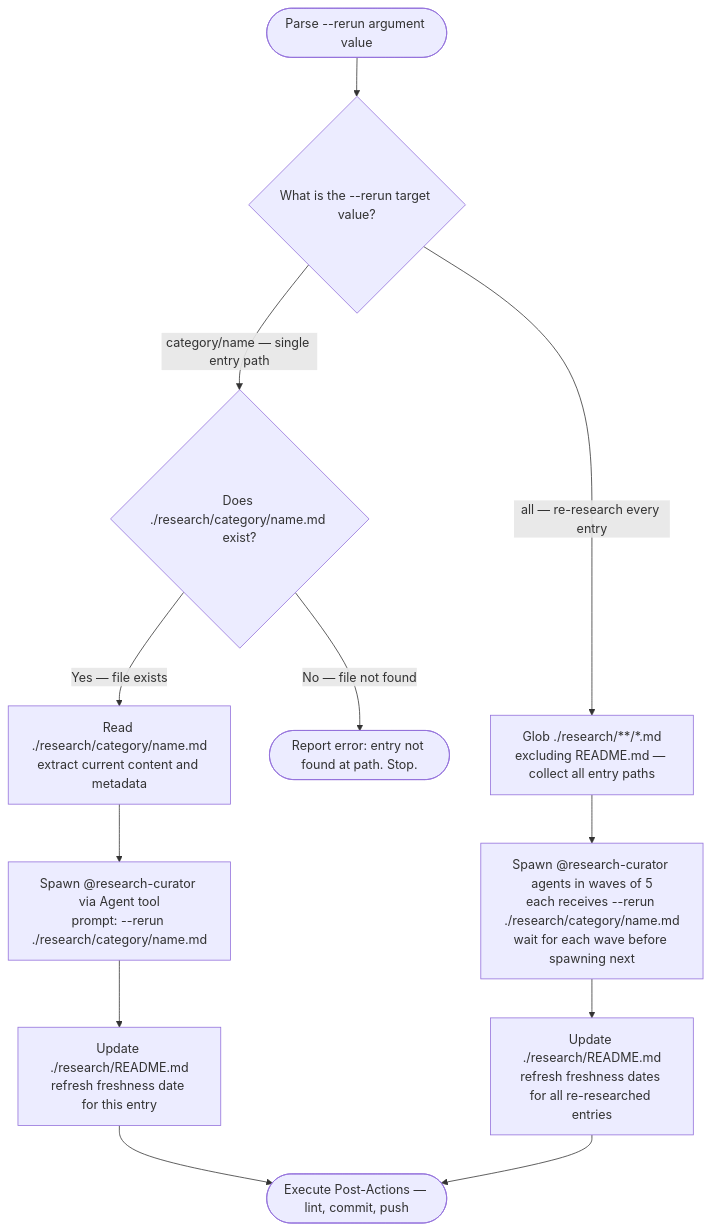
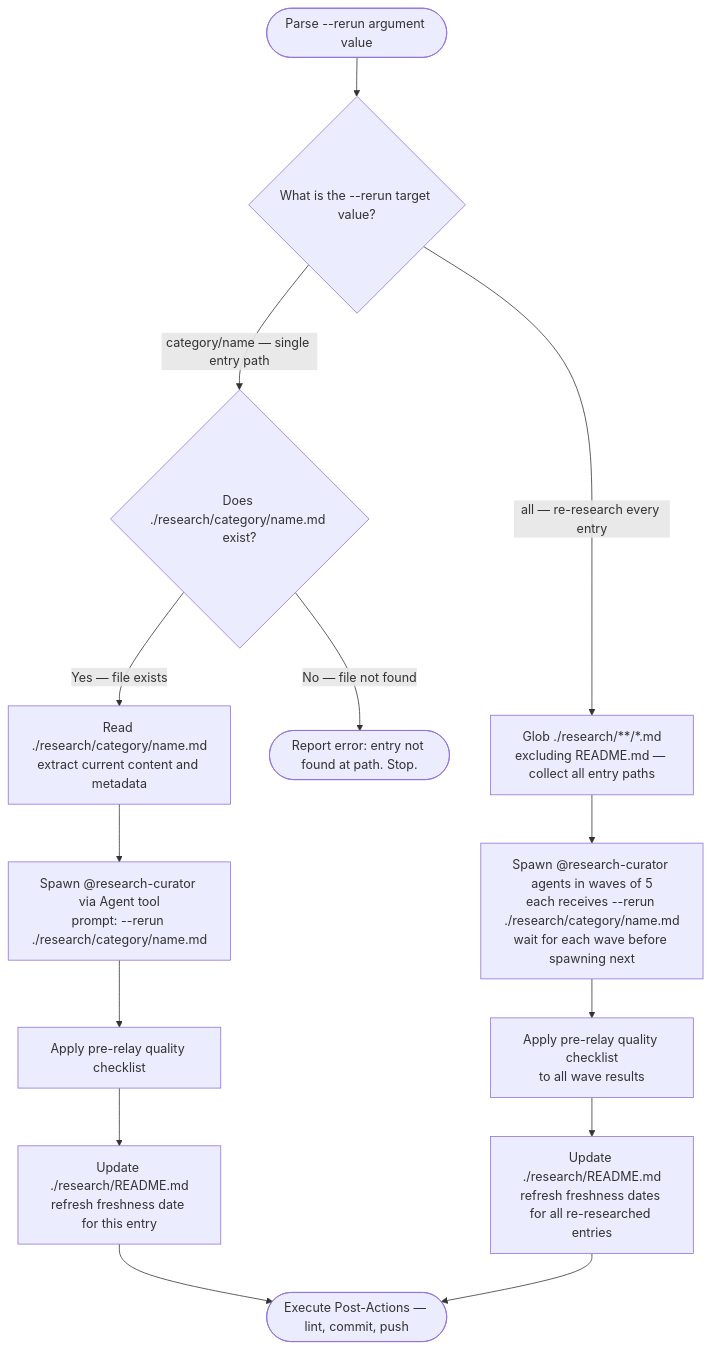
Before and after one commit to chgreer1070/claude_skills: the third of 4 diagrams in .claude/skills/research-curator/SKILL.md, drawn with Mermaid. The commit also changed other lines of this file, not shown here.

First line of the commit message:
feat(skills): integrate relay rules and validate precision into research-curator skill

````diff
--- a/.claude/skills/research-curator/SKILL.md
+++ b/.claude/skills/research-curator/SKILL.md
@@ -166,14 +210,16 @@
 ```mermaid
 flowchart TD
     Start(["Parse --rerun argument value"]) --> Q{"What is the --rerun target value?"}
     Q -->|"category/name — single entry path"| VerifyFile{"Does ./research/category/name.md exist?"}
     Q -->|"all — re-research every entry"| FindAll["Glob ./research/**/*.md<br>excluding README.md — collect all entry paths"]
     VerifyFile -->|"No — file not found"| Missing(["Report error: entry not found at path. Stop."])
     VerifyFile -->|"Yes — file exists"| ReadFile["Read ./research/category/name.md<br>extract current content and metadata"]
     ReadFile --> Spawn1["Spawn @research-curator via Agent tool<br>prompt: --rerun ./research/category/name.md"]
-    Spawn1 --> UpdateDate["Update ./research/README.md<br>refresh freshness date for this entry"]
+    Spawn1 --> RelayCheck1["Apply pre-relay quality checklist"]
+    RelayCheck1 --> UpdateDate["Update ./research/README.md<br>refresh freshness date for this entry"]
     FindAll --> WaveSpawn["Spawn @research-curator agents in waves of 5<br>each receives --rerun ./research/category/name.md<br>wait for each wave before spawning next"]
-    WaveSpawn --> UpdateDates["Update ./research/README.md<br>refresh freshness dates for all re-researched entries"]
+    WaveSpawn --> RelayCheck2["Apply pre-relay quality checklist<br>to all wave results"]
+    RelayCheck2 --> UpdateDates["Update ./research/README.md<br>refresh freshness dates for all re-researched entries"]
     UpdateDate --> PostActions(["Execute Post-Actions — lint, commit, push"])
     UpdateDates --> PostActions
 ```
````
